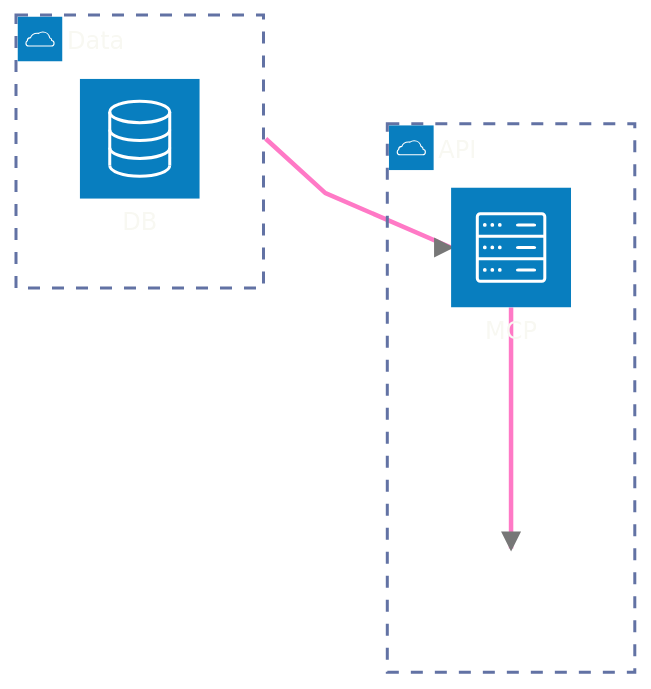
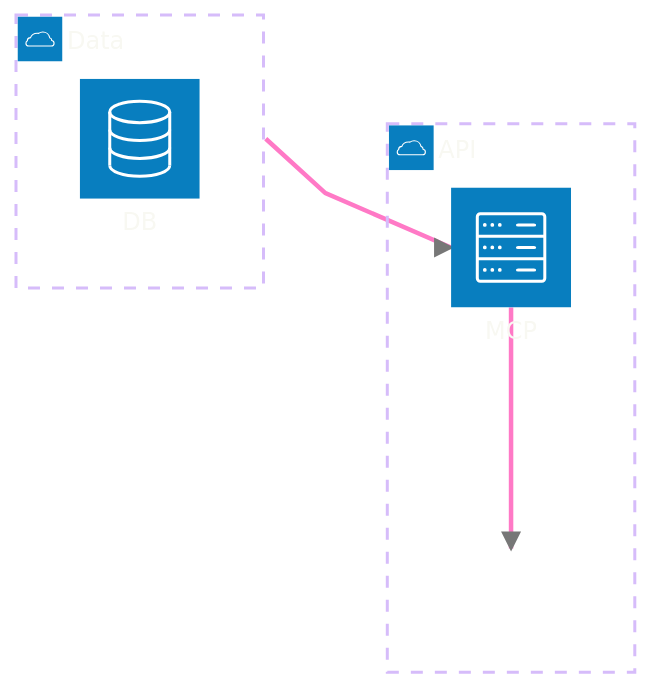
One commit to bsamiee/Rasm changed diagram 13 of 25 in .claude/skills/mermaid-diagramming/references/syntax-extended.md. Above: the diagram before and after it, drawn with Mermaid. The commit also changed other lines of this file and 50 other files, not shown here.

````diff
--- a/.claude/skills/mermaid-diagramming/references/syntax-extended.md
+++ b/.claude/skills/mermaid-diagramming/references/syntax-extended.md
@@ -394,26 +427,29 @@
 ```mermaid
 ---
 config:
   theme: base
+  look: classic
+  architecture:
+    seed: 7
   themeVariables:
     darkMode: true
     fontFamily: "SF Mono, Menlo, Cascadia Mono, Segoe UI Mono, Consolas, monospace"
+    useGradient: false
+    dropShadow: "none"
     textColor: "#F8F8F2"
     primaryTextColor: "#F8F8F2"
     archEdgeColor: "#FF79C6"
-    archGroupBorderColor: "#6272A4"
-  architecture:
-    seed: 7
+    archGroupBorderColor: "#D6BCFA"
 ---
 architecture-beta
   accTitle: Infrastructure demo
   accDescr: A database group feeding an MCP service through a junction inside the API group.
   group api(cloud)[API]
   group data(cloud)[Data]
   service db(database)[DB] in data
   service mcp(server)[MCP] in api
   junction jn in api
   db{group}:R --> L:mcp
   mcp:B --> T:jn
   align column mcp jn
 ```
````
